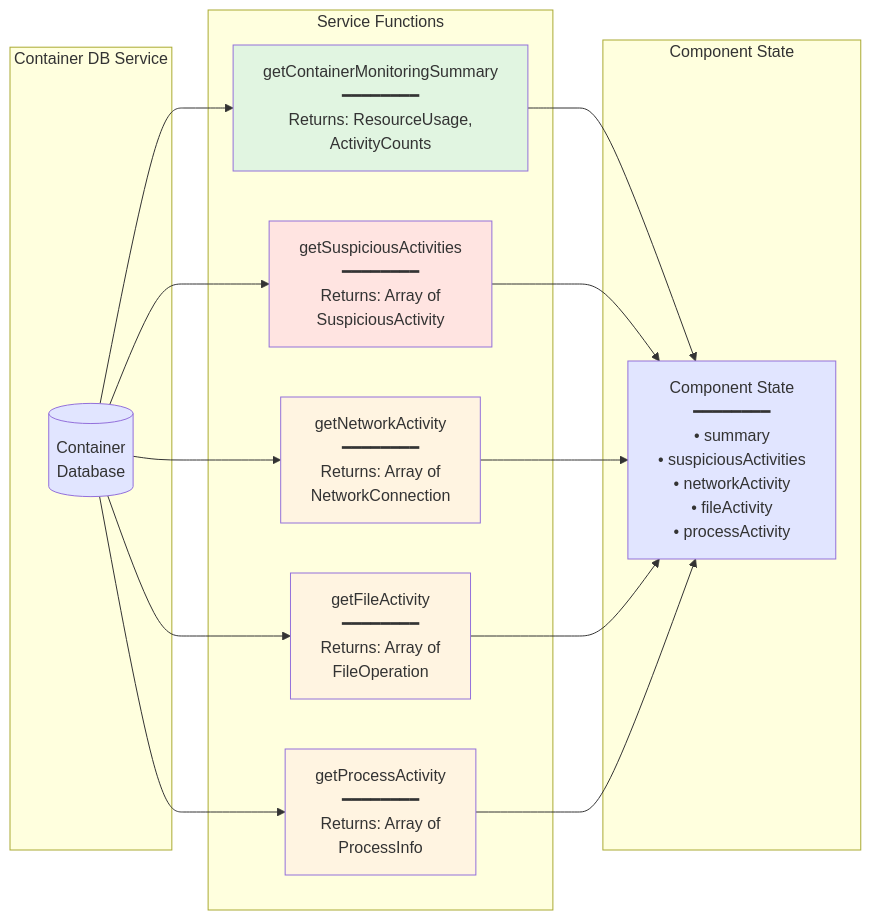
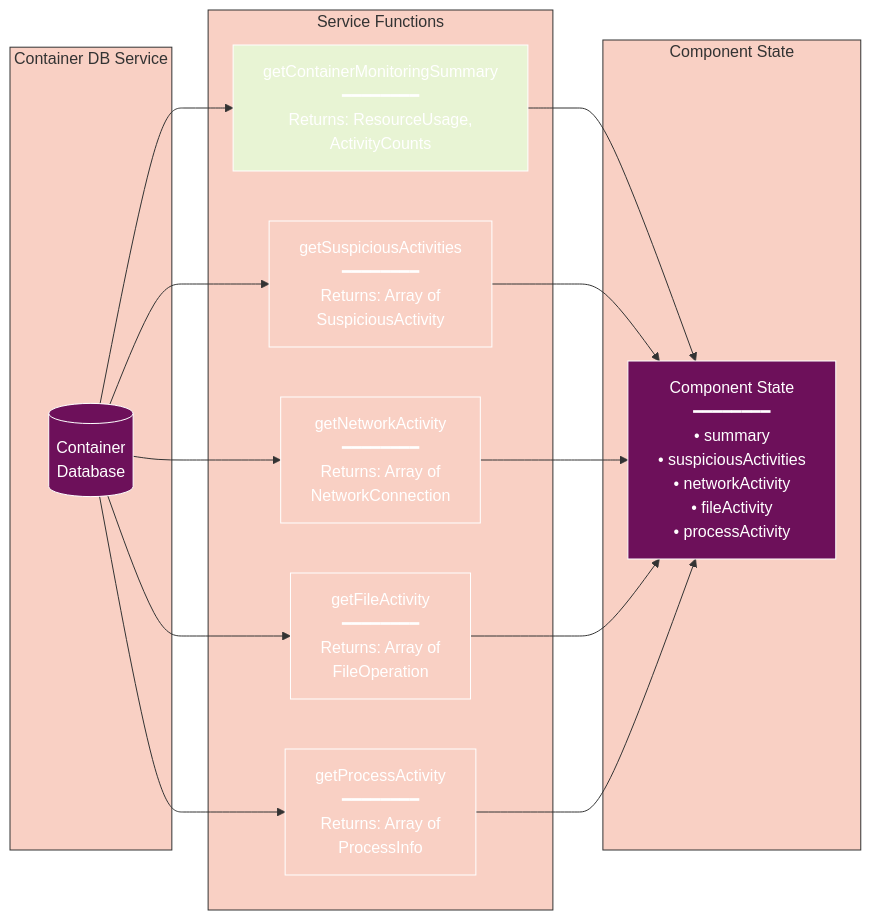
Before and after one commit to radicalkjax/Athena: the sixth of 7 diagrams in docs/components/CONTAINER_MONITORING.md, drawn with Mermaid. The commit also changed other lines of this file and 27 other files, not shown here.

Commit message:
Introduction of expo package manager. Updated docs to reflect changes. Unified mermaid theme for docs.

````diff
--- a/docs/components/CONTAINER_MONITORING.md
+++ b/docs/components/CONTAINER_MONITORING.md
@@ -309,38 +414,59 @@
 ```mermaid
+%%{init: {
+  'theme': 'base',
+  'themeVariables': {
+    'primaryColor': '#6d105a',
+    'primaryTextColor': '#ffffff',
+    'primaryBorderColor': '#ffffff',
+    'lineColor': '#333333',
+    'secondaryColor': '#e8f4d4',
+    'secondaryTextColor': '#333333',
+    'secondaryBorderColor': '#333333',
+    'tertiaryColor': '#f9d0c4',
+    'tertiaryTextColor': '#333333',
+    'tertiaryBorderColor': '#333333',
+    'background': '#ffffff',
+    'mainBkg': '#6d105a',
+    'secondBkg': '#e8f4d4',
+    'tertiaryBkg': '#f9d0c4',
+    'textColor': '#333333',
+    'fontFamily': 'Arial, sans-serif'
+  }
+}}%%
 graph LR
     subgraph "Container DB Service"
         DB[(Container<br/>Database)]
     end
     
     subgraph "Service Functions"
         S1[getContainerMonitoringSummary<br/>━━━━━━━━<br/>Returns: ResourceUsage,<br/>ActivityCounts]
         S2[getSuspiciousActivities<br/>━━━━━━━━<br/>Returns: Array of<br/>SuspiciousActivity]
         S3[getNetworkActivity<br/>━━━━━━━━<br/>Returns: Array of<br/>NetworkConnection]
         S4[getFileActivity<br/>━━━━━━━━<br/>Returns: Array of<br/>FileOperation]
         S5[getProcessActivity<br/>━━━━━━━━<br/>Returns: Array of<br/>ProcessInfo]
     end
     
     subgraph "Component State"
         STATE[Component State<br/>━━━━━━━━<br/>• summary<br/>• suspiciousActivities<br/>• networkActivity<br/>• fileActivity<br/>• processActivity]
     end
     
     DB --> S1
     DB --> S2
     DB --> S3
     DB --> S4
     DB --> S5
     
     S1 --> STATE
     S2 --> STATE
     S3 --> STATE
     S4 --> STATE
     S5 --> STATE
     
-    style DB fill:#e1e5ff
-    style S1 fill:#e1f5e1
-    style S2 fill:#ffe4e1
-    style S3 fill:#fff4e1
-    style S4 fill:#fff4e1
-    style S5 fill:#fff4e1
-    style STATE fill:#e1e5ff
+    style DB fill:#6d105a
+    style S1 fill:#e8f4d4
+    style S2 fill:#f9d0c4
+    style S3 fill:#f9d0c4
+    style S4 fill:#f9d0c4
+    style S5 fill:#f9d0c4
+    style STATE fill:#6d105a
 ```
````
